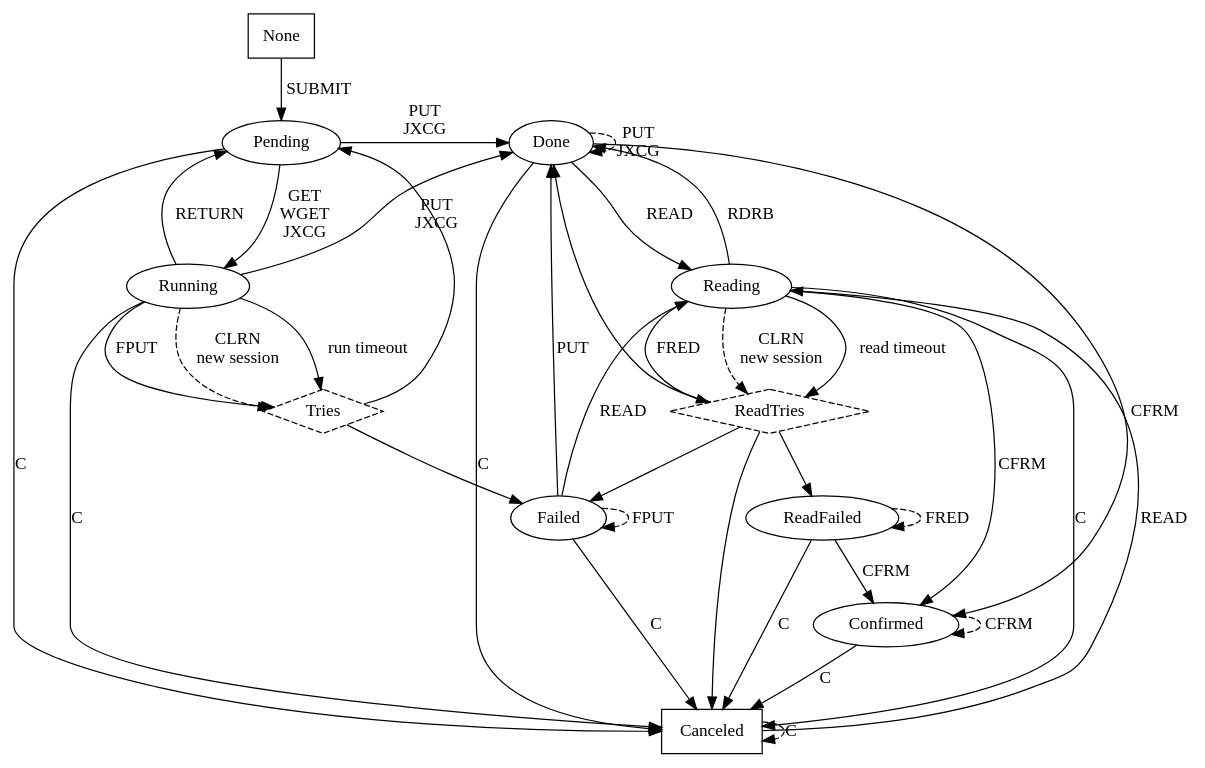
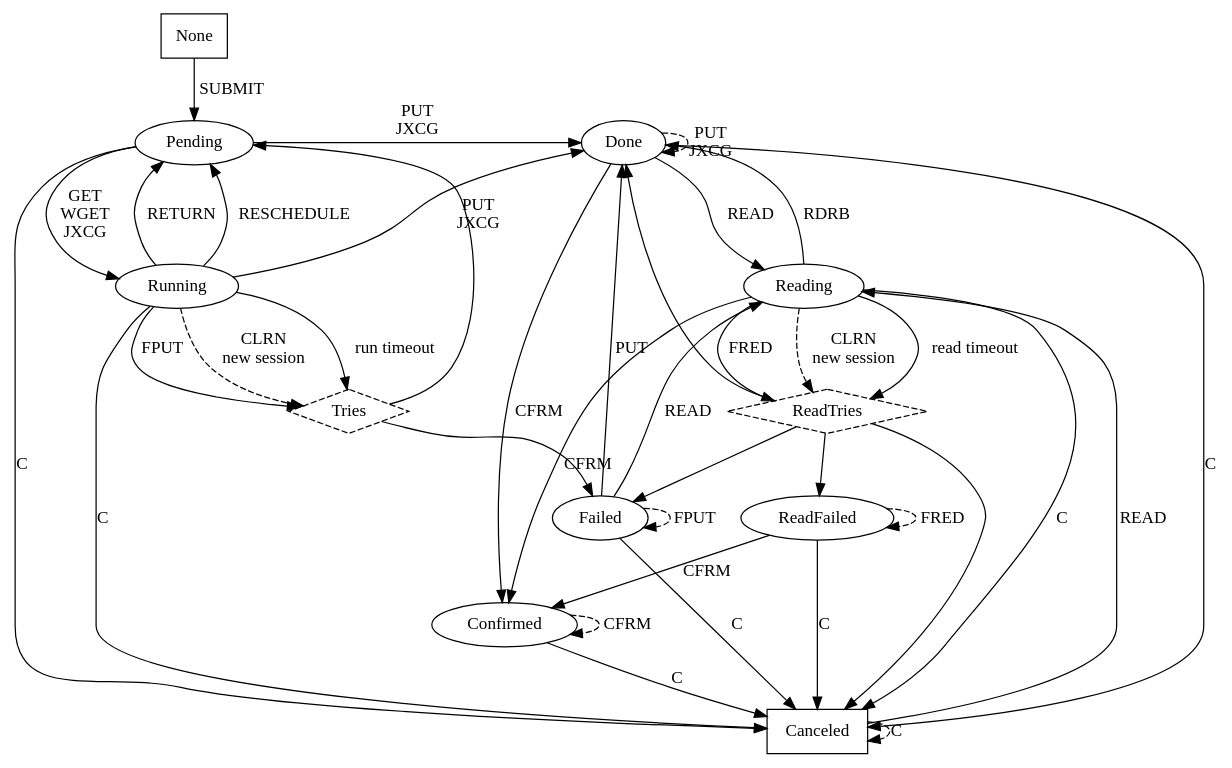
The diagram in src/app/netschedule/state_graph.dot (ncbi/ncbi-cxx-toolkit-public), drawn with Graphviz before and after one commit. The commit also changed 16 other files, not shown here.

```diff
--- a/src/app/netschedule/state_graph.dot
+++ b/src/app/netschedule/state_graph.dot
@@ -1,62 +1,63 @@
 # dot -T jpg state_graph.dot -o state_graph.jpg
 
 digraph NetScheduleNew {
 
     None        [ label = "None",        shape = "box" ];
     Canceled    [ label = "Canceled",    shape = "box" ];
     Tries       [ label = "Tries",       shape = "diamond", style = "dashed" ];
     ReadTries   [ label = "ReadTries",   shape = "diamond", style = "dashed" ];
 
     None        -> Pending          [ label = "SUBMIT" ];
 
     Pending     -> Running          [ label = "GET\nWGET\nJXCG" ];
     Pending     -> Canceled         [ label = "C" ];
     Pending     -> Done             [ label = "PUT\nJXCG" ];
 
     Running     -> Pending          [ label = "RETURN" ];
+    Running     -> Pending          [ label = "RESCHEDULE" ];
     Running     -> Canceled         [ label = "C" ];
     Running     -> Done             [ label = "PUT\nJXCG" ];
     Running     -> Tries            [ label = "run timeout" ];
     Running     -> Tries            [ label = "FPUT" ];
     Running     -> Tries            [ label = "CLRN\nnew session", style = "dashed" ];
 
     Tries       -> Failed;
     Tries       -> Pending;
 
     Failed      -> Reading          [ label = "READ" ];
     Failed      -> Canceled         [ label = "C" ];
     Failed      -> Failed           [ label = "FPUT", style = "dashed" ];
     Failed      -> Done             [ label = "PUT" ];
 
     Done        -> Reading          [ label = "READ" ];
     Done        -> Canceled         [ label = "C" ];
     Done        -> Done             [ label = "PUT\nJXCG", style = "dashed" ];
     Done        -> Confirmed        [ label = "CFRM" ];
 
     Reading     -> Canceled         [ label = "C" ];
     Reading     -> Confirmed        [ label = "CFRM" ];
     Reading     -> Done             [ label = "RDRB" ];
     Reading     -> ReadTries        [ label = "read timeout" ];
     Reading     -> ReadTries        [ label = "FRED" ];
     Reading     -> ReadTries        [ label = "CLRN\nnew session", style = "dashed" ];
 
     ReadTries   -> ReadFailed;
     ReadTries   -> Done;
     ReadTries   -> Canceled;
     ReadTries   -> Failed;
 
     ReadFailed  -> Canceled         [ label = "C" ];
     ReadFailed  -> ReadFailed       [ label = "FRED", style = "dashed" ];
     ReadFailed  -> Confirmed        [ label = "CFRM" ];
 
     Confirmed   -> Canceled         [ label = "C" ];
     Confirmed   -> Confirmed        [ label = "CFRM", style = "dashed" ];
 
     Canceled    -> Canceled         [ label = "C", style = "dashed" ];
     Canceled    -> Reading          [ label = "READ" ];
 
     { rank = same; "Done";     "Pending" }
     { rank = same; "Running";  "Reading" }
     { rank = same; "Failed";   "ReadFailed" }
     { rank = sink; "Canceled" }
 }
```
